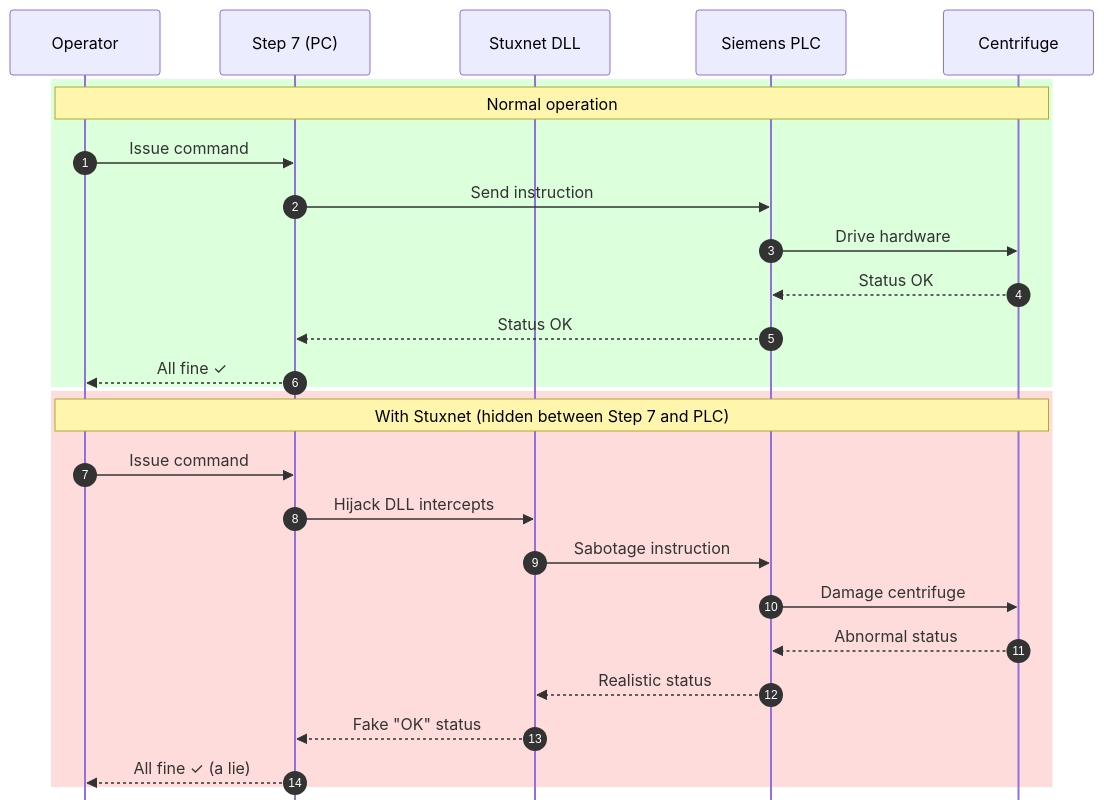
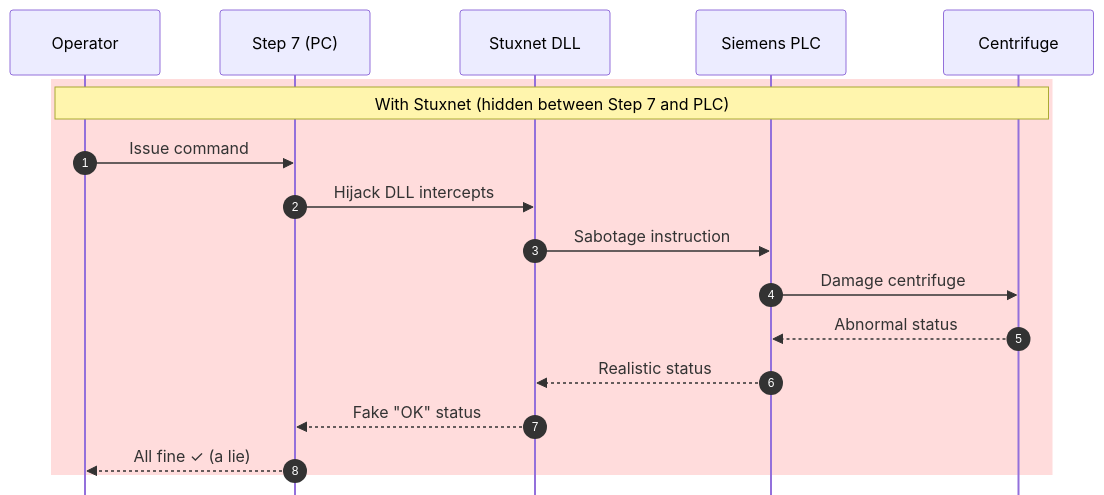
One commit to timdams/cyberboswachters_boek changed the fifth of 7 diagrams in cyberboswachters/slides/en/wordtheterger.qmd. Above: the diagram before and after it, drawn with Mermaid. The commit also changed other lines of this file and 12 other files, not shown here.

````diff
--- a/cyberboswachters/slides/en/wordtheterger.qmd
+++ b/cyberboswachters/slides/en/wordtheterger.qmd
@@ -126,32 +151,22 @@
 ```{mermaid}
 %%{init: {'sequence': {'actorMargin': 60, 'messageMargin': 22, 'boxMargin': 4, 'noteMargin': 6, 'mirrorActors': false, 'actorFontSize': 13, 'noteFontSize': 12, 'messageFontSize': 12} } }%%
 sequenceDiagram
     autonumber
     participant Op as Operator
     participant S7 as Step 7 (PC)
     participant SX as Stuxnet DLL
     participant PLC as Siemens PLC
     participant HW as Centrifuge
-
-    rect rgb(220, 255, 220)
-      Note over Op,HW: Normal operation
-      Op->>S7: Issue command
-      S7->>PLC: Send instruction
-      PLC->>HW: Drive hardware
-      HW-->>PLC: Status OK
-      PLC-->>S7: Status OK
-      S7-->>Op: All fine ✓
-    end
 
     rect rgb(255, 220, 220)
       Note over Op,HW: With Stuxnet (hidden between Step 7 and PLC)
       Op->>S7: Issue command
       S7->>SX: Hijack DLL intercepts
       SX->>PLC: Sabotage instruction
       PLC->>HW: Damage centrifuge
       HW-->>PLC: Abnormal status
       PLC-->>SX: Realistic status
       SX-->>S7: Fake "OK" status
       S7-->>Op: All fine ✓ (a lie)
     end
 ```
````
